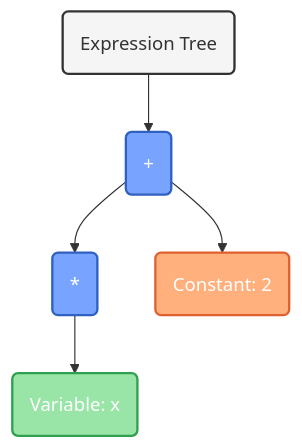
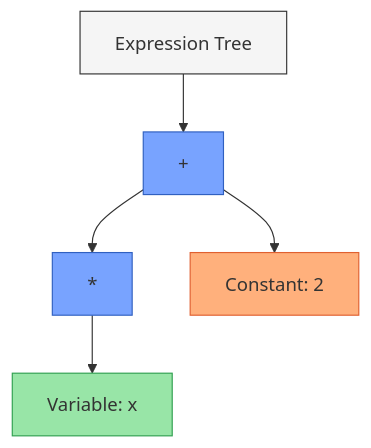
The second of 5 diagrams in README.md (rdguerrerom/AutoDiff), drawn with Mermaid before and after one commit. The commit also changed other lines of this file, not shown here.

````diff
--- a/README.md
+++ b/README.md
@@ -107,17 +101,13 @@
 ```mermaid
 flowchart TD
-    A("Expression Tree") --> B("+")
-    B --> C("*")
-    B --> D("Constant: 2")
-    C --> E("Variable: x")
+    A["Expression Tree"] --> B["+"]
+    B --> C["*"]
+    B --> D["Constant: 2"]
+    C --> E["Variable: x"]
     
-    classDef root fill:#f5f5f5,stroke:#333,stroke-width:2px,color:#333
-    classDef operation fill:#78a3ff,stroke:#3060c0,stroke-width:2px,color:#fff
-    classDef constant fill:#ffb07c,stroke:#e06030,stroke-width:2px,color:#fff
-    classDef variable fill:#98e5a7,stroke:#30a050,stroke-width:2px,color:#fff
-    
-    class A root
-    class B,C operation
-    class D constant
-    class E variable
+    style A fill:#f5f5f5,stroke:#333
+    style B fill:#78a3ff,stroke:#3060c0
+    style C fill:#78a3ff,stroke:#3060c0
+    style D fill:#ffb07c,stroke:#e06030
+    style E fill:#98e5a7,stroke:#30a050
 ```
````
